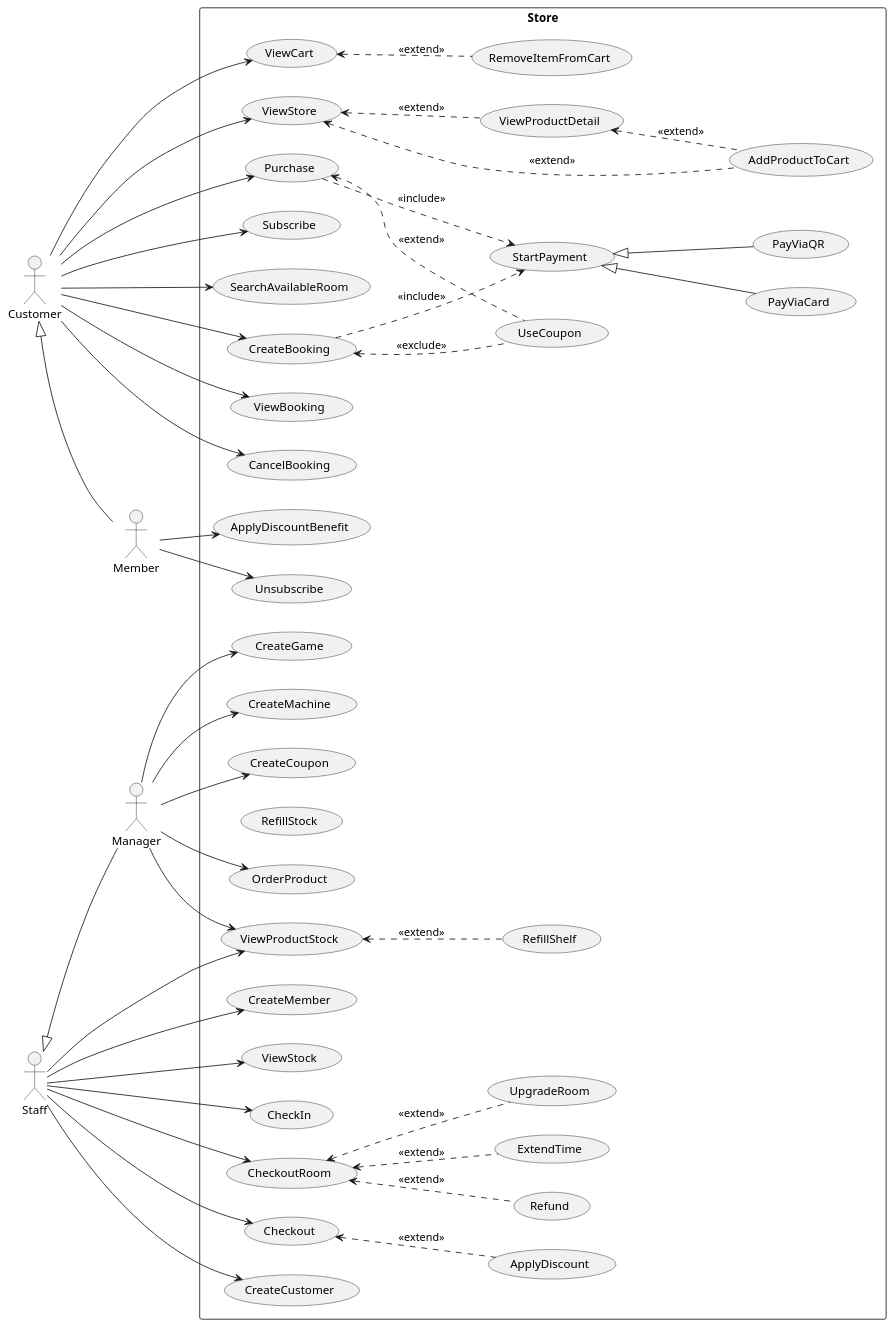
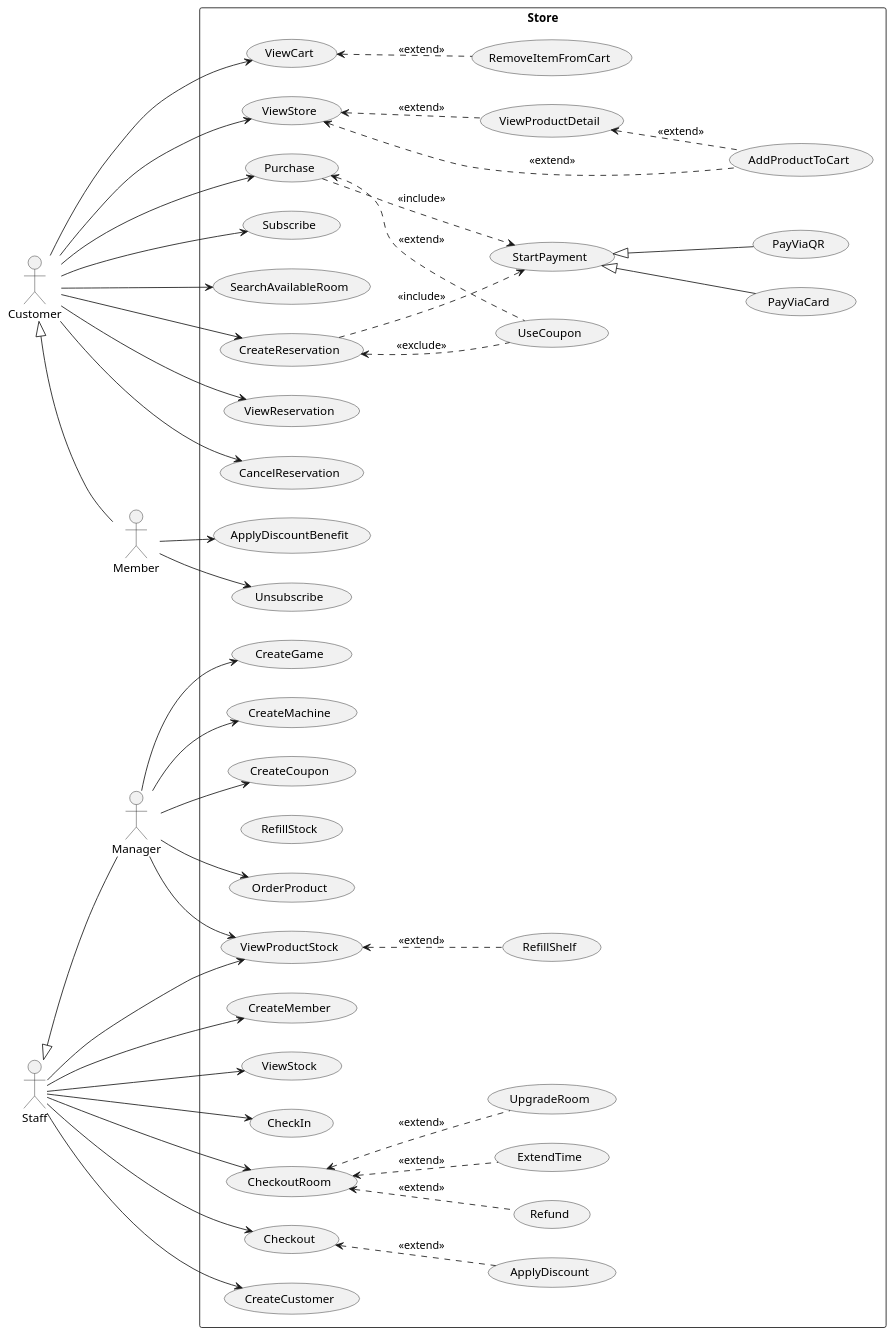
One commit to WaroonRagwongsiri/OOP_Project changed the diagram in UseCaseDiagram/usecase_diagram.puml. Above: the diagram before and after it, drawn with PlantUML. The commit also changed 1 other file, not shown here.

Commit message:
Change Booking to Reservation (more consistnese name) and update subscribe to ACTIVE and INACTIVE

```diff
--- a/UseCaseDiagram/usecase_diagram.puml
+++ b/UseCaseDiagram/usecase_diagram.puml
@@ -1,120 +1,120 @@
 @startuml UseCaseDiagram
 left to right direction
 
 ' =========================
 ' Actors (from hierarchy in Class Diagram)
 ' =========================
 actor "Customer" as A_Customer
 actor "Member" as A_Member
 actor "Staff" as A_Staff
 actor "Manager" as A_Manager
 
 A_Customer <|-- A_Member
 A_Staff <|-- A_Manager
 
 rectangle "Store" {
 
 	'Customer'
 	usecase "AddProductToCart" as UC_AddProductToCart
 	usecase "ViewCart" as UC_ViewCart
 	usecase "RemoveItemFromCart" as UC_RemoveItemFromCart
 	usecase "ViewStore" as UC_ViewStore
 	usecase "ViewProductDetail" as UC_ViewProductDetail
 	usecase "Purchase" as UC_Purchase
 	usecase "UseCoupon" as UC_UseCoupon
 	usecase "Subscribe" as UC_Subscribe
 
 	'Payment'
 	usecase "StartPayment" as UC_StartPayment
 	usecase "PayViaCard" as UC_PayViaCard
 	usecase "PayViaQR" as UC_PayViaQR
 
 	'Member'
 	usecase "ApplyDiscountBenefit" as UC_ApplyDiscountBenefit
 	usecase "Unsubscribe" as UC_Unsubscribe
 
 	'Staff'
 	usecase "Checkout" as UC_Checkout
 	usecase "ApplyDiscount" as UC_ApplyDiscount
 	usecase "CreateCustomer" as UC_CreateCustomer
 	usecase "CreateMember" as UC_CreateMember
 
 	'Manager'
 	usecase "CreateGame" as UC_CreateGame
 	usecase "CreateMachine" as UC_CreateMachine
 	usecase "ViewProductStock" as UC_ViewProductStock
 	usecase "RefillShelf" as UC_RefillShelf
 	usecase "CreateCoupon" as UC_CreateCoupon
 	usecase "RefillStock" as UC_RefillStock
 	usecase "ViewStock" as UC_ViewStock
 	usecase "OrderProduct" as UC_OrderProduct
 
-	'Room Booking'
+	'Room Reservation'
 	usecase "SearchAvailableRoom" as UC_SearchAvailableRoom
-	usecase "CreateBooking" as UC_CreateBooking
-	usecase "ViewBooking" as UC_ViewBooking
-	usecase "CancelBooking" as UC_CancelBooking
+	usecase "CreateReservation" as UC_CreateReservation
+	usecase "ViewReservation" as UC_ViewReservation
+	usecase "CancelReservation" as UC_CancelReservation
 	usecase "CheckIn" as UC_CheckIn
 	usecase "ExtendTime" as UC_ExtendTime
 	usecase "UpgradeRoom" as UC_UpgradeRoom
 	usecase "CheckoutRoom" as UC_CheckoutRoom
 	usecase "Refund" as UC_Refund
 }
 
 'Customer'
 A_Customer --> UC_ViewCart
 A_Customer --> UC_ViewStore
 A_Customer --> UC_Purchase
 A_Customer --> UC_Subscribe
 
 UC_ViewStore <.. UC_AddProductToCart : <<extend>>
 UC_ViewStore <.. UC_ViewProductDetail : <<extend>>
 
 UC_ViewProductDetail <.. UC_AddProductToCart : <<extend>>
 
 UC_ViewCart <.. UC_RemoveItemFromCart : <<extend>>
 
 UC_Purchase <.. UC_UseCoupon : <<extend>>
 UC_Purchase ..> UC_StartPayment : <<include>>
 
 'Payment'
 UC_StartPayment <|-- UC_PayViaCard
 UC_StartPayment <|-- UC_PayViaQR
 
 'Member'
 A_Member --> UC_ApplyDiscountBenefit
 A_Member --> UC_Unsubscribe
 
 'Staff'
 A_Staff --> UC_Checkout
 A_Staff --> UC_ViewProductStock
 A_Staff --> UC_CreateCustomer
 A_Staff --> UC_CreateMember
 A_Staff --> UC_CheckIn
 A_Staff --> UC_CheckoutRoom
 A_Staff --> UC_ViewStock
 
 UC_CheckoutRoom <.. UC_Refund : <<extend>>
 UC_CheckoutRoom <.. UC_ExtendTime : <<extend>>
 UC_CheckoutRoom <.. UC_UpgradeRoom : <<extend>>
 
 UC_Checkout <.. UC_ApplyDiscount : <<extend>>
 UC_ViewProductStock <.. UC_RefillShelf : <<extend>>
 
 'Manager'
 A_Manager --> UC_CreateCoupon
 A_Manager --> UC_ViewProductStock
 A_Manager --> UC_CreateGame
 A_Manager --> UC_CreateMachine
 A_Manager --> UC_OrderProduct
 
-'Customer / Member booking
+'Customer / Member Reservation
 A_Customer --> UC_SearchAvailableRoom
-A_Customer --> UC_CreateBooking
-A_Customer --> UC_ViewBooking
-A_Customer --> UC_CancelBooking
+A_Customer --> UC_CreateReservation
+A_Customer --> UC_ViewReservation
+A_Customer --> UC_CancelReservation
 
-UC_CreateBooking ..> UC_StartPayment : <<include>>
-UC_CreateBooking <.. UC_UseCoupon : <<exclude>>
+UC_CreateReservation ..> UC_StartPayment : <<include>>
+UC_CreateReservation <.. UC_UseCoupon : <<exclude>>
 
 @enduml
```
